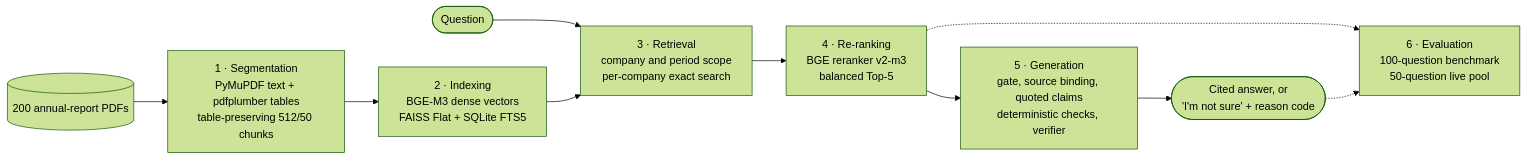
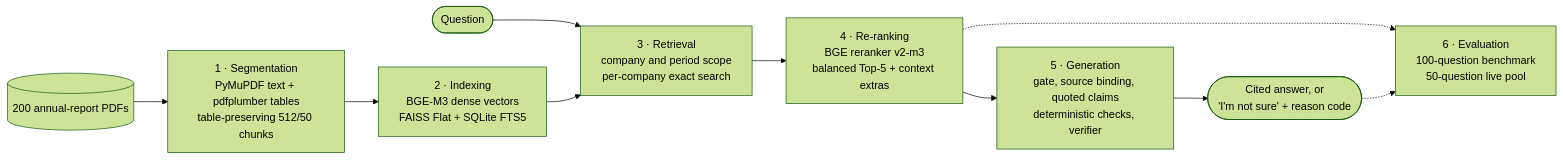
One commit to GoBackwards/finance_qa_system changed the diagram in README.md. Above: the diagram before and after it, drawn with Mermaid (forest theme). The commit also changed other lines of this file and 7 other files, not shown here.

First line of the commit message:
Document the context-extras experiment and the recall roadmap (Table A12)

````diff
--- a/README.md
+++ b/README.md
@@ -20,12 +21,12 @@
 ```mermaid
 flowchart LR
     PDF[("200 annual-report PDFs")] --> SEG["1 · Segmentation<br/>PyMuPDF text + pdfplumber tables<br/>table-preserving 512/50 chunks"]
     SEG --> IDX["2 · Indexing<br/>BGE-M3 dense vectors<br/>FAISS Flat + SQLite FTS5"]
     Q(["Question"]) --> RET["3 · Retrieval<br/>company and period scope<br/>per-company exact search"]
     IDX --> RET
-    RET --> RR["4 · Re-ranking<br/>BGE reranker v2-m3<br/>balanced Top-5"]
+    RET --> RR["4 · Re-ranking<br/>BGE reranker v2-m3<br/>balanced Top-5 + context extras"]
     RR --> GEN["5 · Generation<br/>gate, source binding, quoted claims<br/>deterministic checks, verifier"]
     GEN --> ANS(["Cited answer, or<br/>'I'm not sure' + reason code"])
     RR -.-> EVAL["6 · Evaluation<br/>100-question benchmark<br/>50-question live pool"]
     ANS -.-> EVAL
 ```
````
